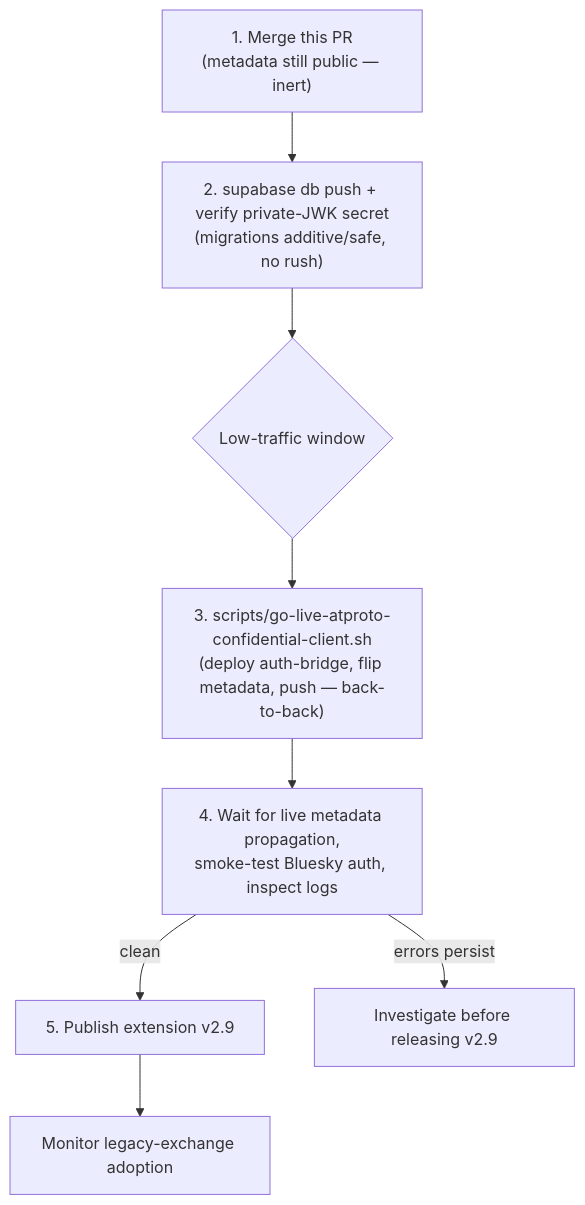
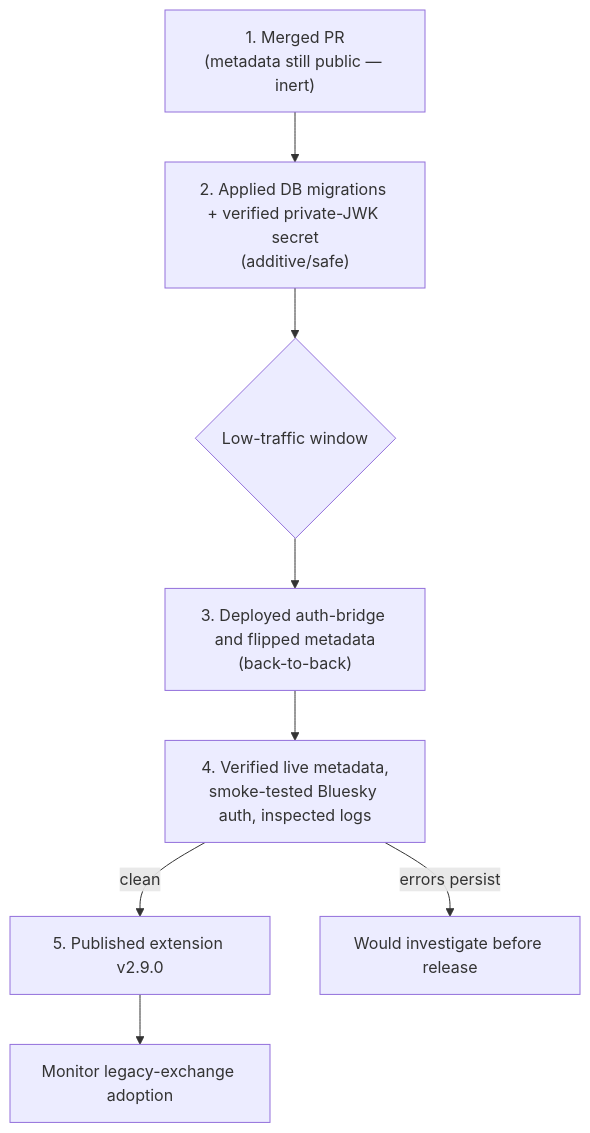
One commit to fettstorch/mustard changed the third of 3 diagrams in specs/atproto-auth/sketch.md. Above: the diagram before and after it, drawn with Mermaid. The commit also changed other lines of this file and 5 other files, not shown here.

````diff
--- a/specs/atproto-auth/sketch.md
+++ b/specs/atproto-auth/sketch.md
@@ -193,10 +191,10 @@
 ```mermaid
 flowchart TD
-    A["1. Merge this PR<br/>(metadata still public — inert)"] --> B["2. supabase db push + verify private-JWK secret<br/>(migrations additive/safe, no rush)"]
+    A["1. Merged PR<br/>(metadata still public — inert)"] --> B["2. Applied DB migrations + verified private-JWK secret<br/>(additive/safe)"]
     B --> C{"Low-traffic window"}
-    C --> D["3. scripts/go-live-atproto-confidential-client.sh<br/>(deploy auth-bridge, flip metadata, push — back-to-back)"]
-    D --> E["4. Wait for live metadata propagation,<br/>smoke-test Bluesky auth, inspect logs"]
-    E -->|clean| F["5. Publish extension v2.9"]
-    E -->|errors persist| G[Investigate before releasing v2.9]
+    C --> D["3. Deployed auth-bridge and flipped metadata<br/>(back-to-back)"]
+    D --> E["4. Verified live metadata,<br/>smoke-tested Bluesky auth, inspected logs"]
+    E -->|clean| F["5. Published extension v2.9.0"]
+    E -->|errors persist| G[Would investigate before release]
     F --> H[Monitor legacy-exchange adoption]
 ```
````
